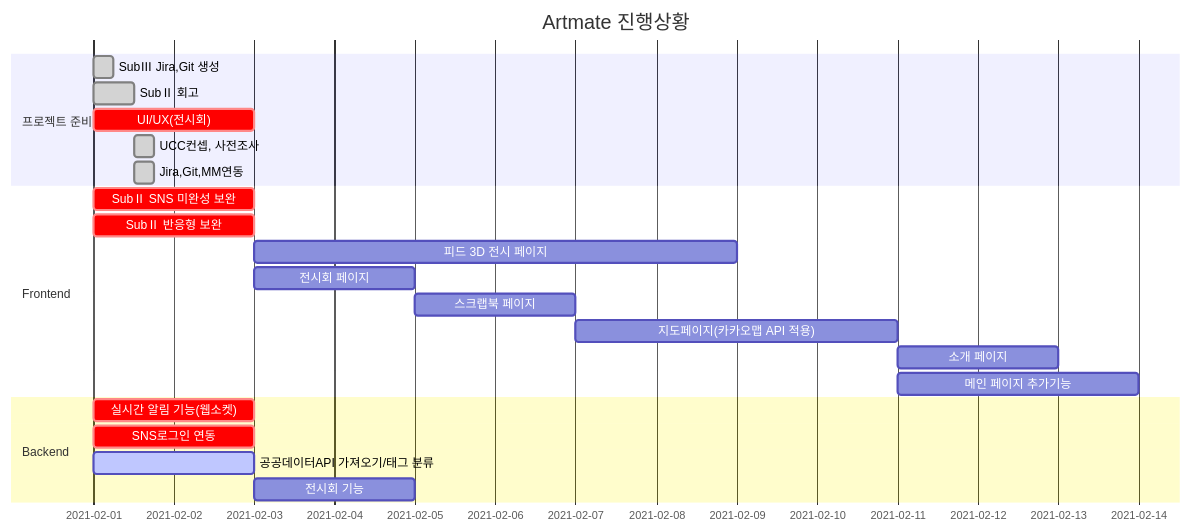
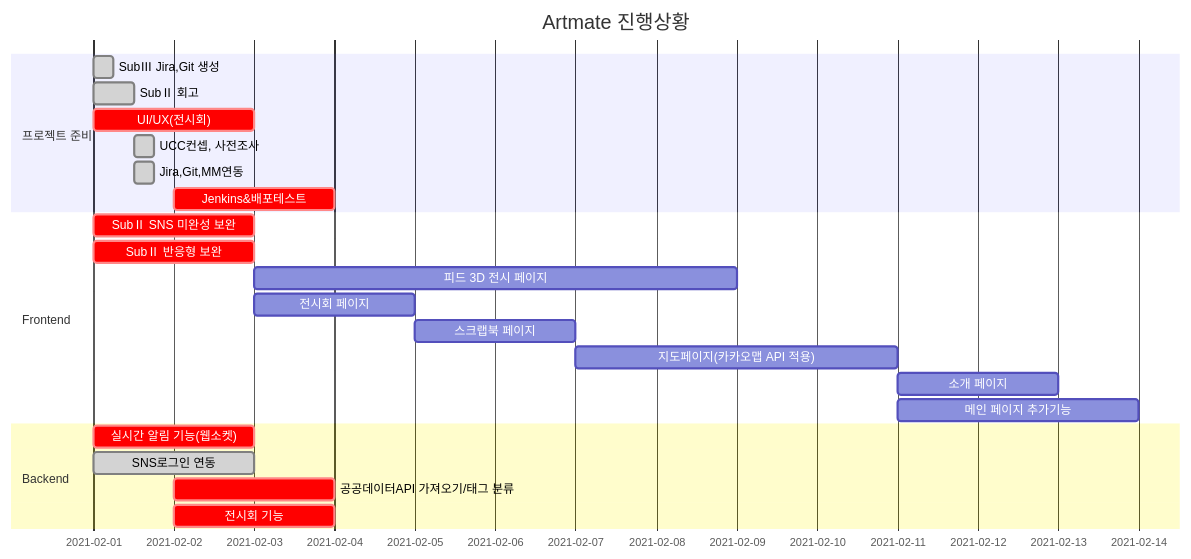
Before and after one commit to dovvn/Artmate-PJT: the diagram in README.md, drawn with Mermaid.

Commit message:
README_0202: 오전 작업상황 업데이트

````diff
--- a/README.md
+++ b/README.md
@@ -21,29 +21,30 @@
 ```mermaid  
 gantt
     title Artmate 진행상황
     dateFormat  YYYY-MM-DD
     section 프로젝트 준비
     SubⅢ Jira,Git 생성  :done, 2021-02-01, 6h
     SubⅡ 회고          :done, p2,2021-02-01, 12h
     UI/UX(전시회)   :crit,2021-02-01,2d
     UCC컨셉, 사전조사   :done,after p2,6h
     Jira,Git,MM연동   :done,after p2,6h
+    Jenkins&배포테스트 :crit, 2021-02-02,2d
     
 
     section Frontend
     SubⅡ SNS 미완성 보완          :crit, 2021-02-01, 2d
     SubⅡ 반응형 보완          :crit, 2021-02-01, 2d
     피드 3D 전시 페이지   :,2021-02-03,6d
     전시회 페이지   :,2021-02-03,2d
     스크랩북 페이지   :,2021-02-05,2d
     지도페이지(카카오맵 API 적용)       :2021-02-07, 4d
     소개 페이지   :,2021-02-11,2d
     메인 페이지 추가기능   :,2021-02-11,3d
     
 
     section Backend
     실시간 알림 기능(웹소켓)          :crit, 2021-02-01, 2d
-    SNS로그인 연동          :crit, 2021-02-01, 2d
-    공공데이터API 가져오기/태그 분류          :active, p1, 2021-02-01, 2d
-    전시회 기능   :,2021-02-03,2d
+    SNS로그인 연동          :done, 2021-02-01, 2d
+    공공데이터API 가져오기/태그 분류          :crit, p1, 2021-02-02, 2d
+    전시회 기능   :crit,2021-02-02,2d
 ```
````
